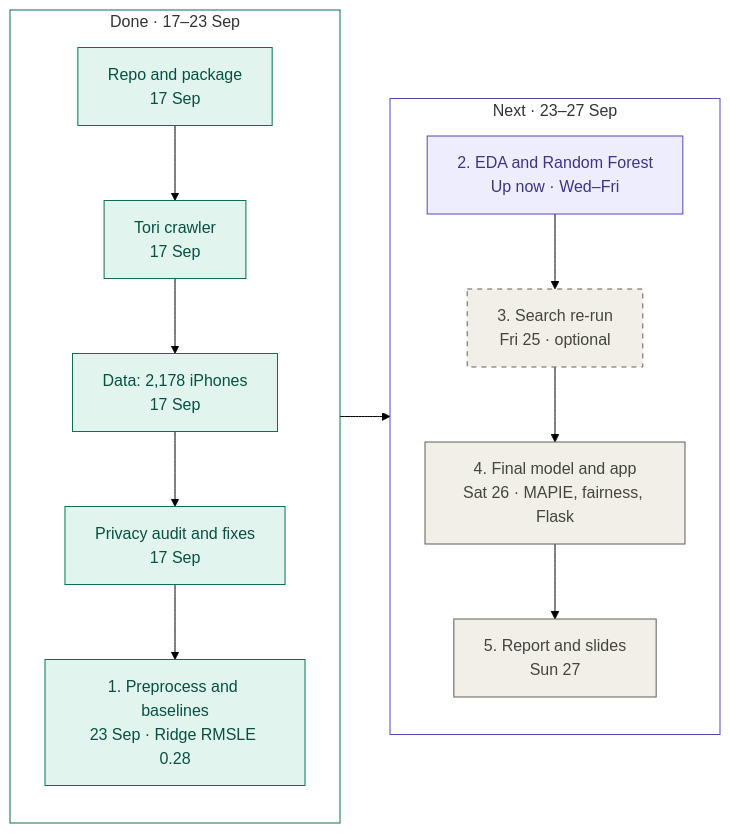
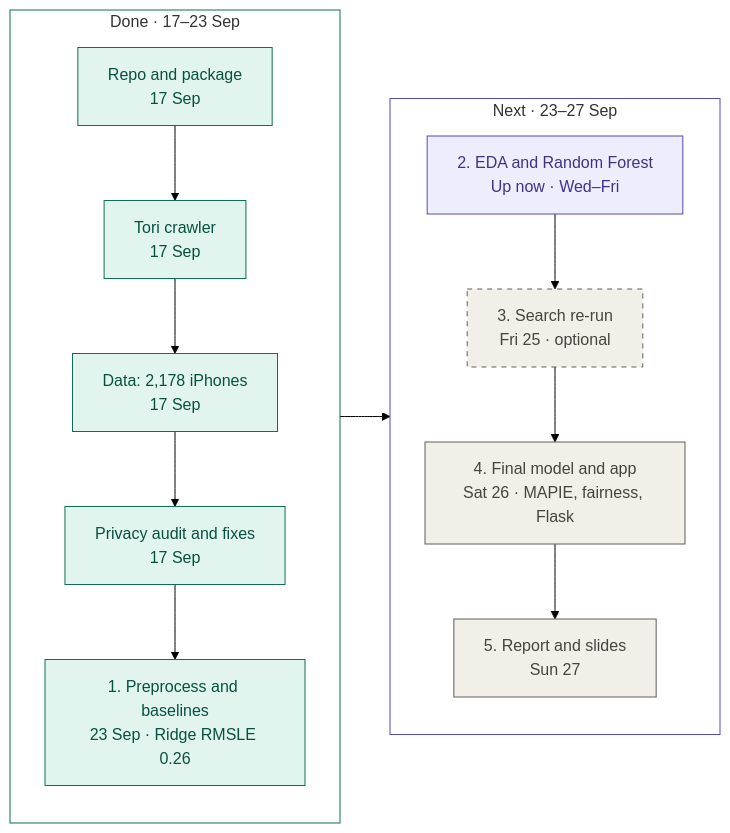
One commit to HashirSalam/priced-right changed the first of 2 diagrams in README.md. Above: the diagram before and after it, drawn with Mermaid (forest theme). The commit also changed other lines of this file and 9 other files, not shown here.

````diff
--- a/README.md
+++ b/README.md
@@ -34,23 +34,23 @@
 ```mermaid
 flowchart LR
     subgraph done["Done · 17–23 Sep"]
         direction TB
-        a["Repo and package<br/>17 Sep"] --> b["Tori crawler<br/>17 Sep"] --> c["Data: 2,178 iPhones<br/>17 Sep"] --> d["Privacy audit and fixes<br/>17 Sep"] --> s1["1. Preprocess and baselines<br/>23 Sep · Ridge RMSLE 0.28"]
+        a["Repo and package<br/>17 Sep"] --> b["Tori crawler<br/>17 Sep"] --> c["Data: 2,178 iPhones<br/>17 Sep"] --> d["Privacy audit and fixes<br/>17 Sep"] --> s1["1. Preprocess and baselines<br/>23 Sep · Ridge RMSLE 0.26"]
     end
     subgraph next["Next · 23–27 Sep"]
         direction TB
         s2["2. EDA and Random Forest<br/>Up now · Wed–Fri"] --> s3["3. Search re-run<br/>Fri 25 · optional"] --> s4["4. Final model and app<br/>Sat 26 · MAPIE, fairness, Flask"] --> s5["5. Report and slides<br/>Sun 27"]
     end
     done --> next
 
     classDef done fill:#E1F5EE,stroke:#0F6E56,color:#085041
     classDef now fill:#EEEDFE,stroke:#534AB7,color:#3C3489
     classDef upcoming fill:#F1EFE8,stroke:#5F5E5A,color:#444441
     classDef optional fill:#F1EFE8,stroke:#5F5E5A,color:#444441,stroke-dasharray: 5 5
     class a,b,c,d,s1 done
     class s2 now
     class s4,s5 upcoming
     class s3 optional
     style done fill:none,stroke:#0F6E56
     style next fill:none,stroke:#534AB7
 ```
````
